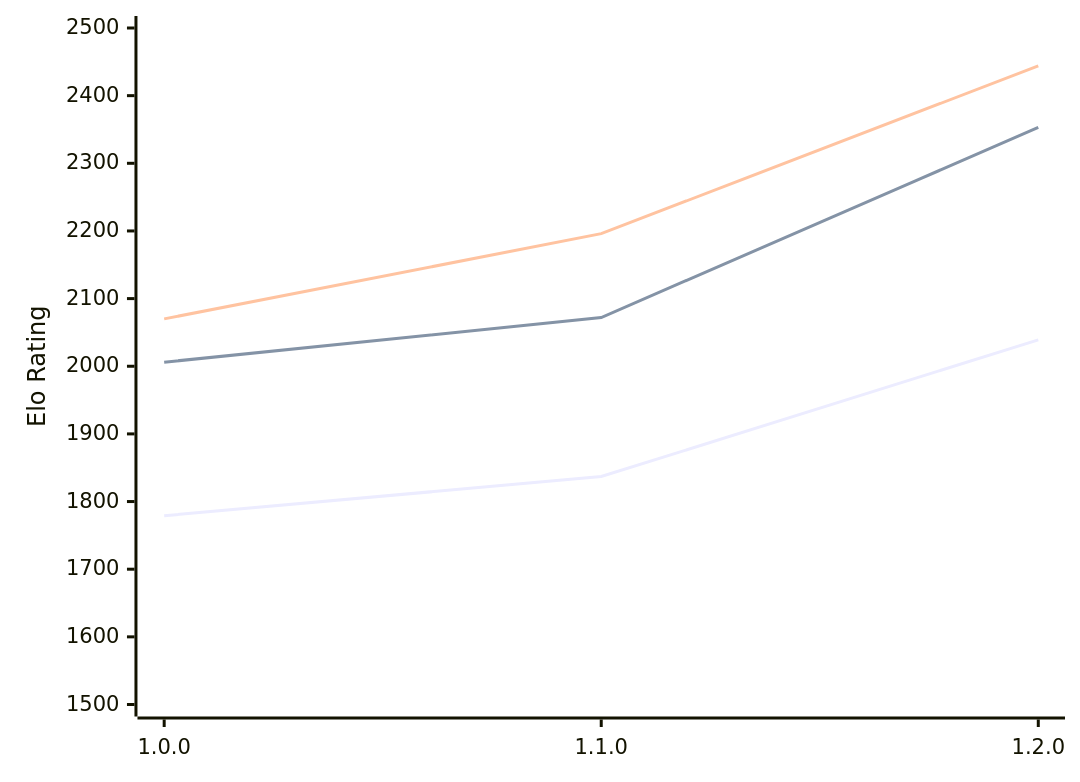
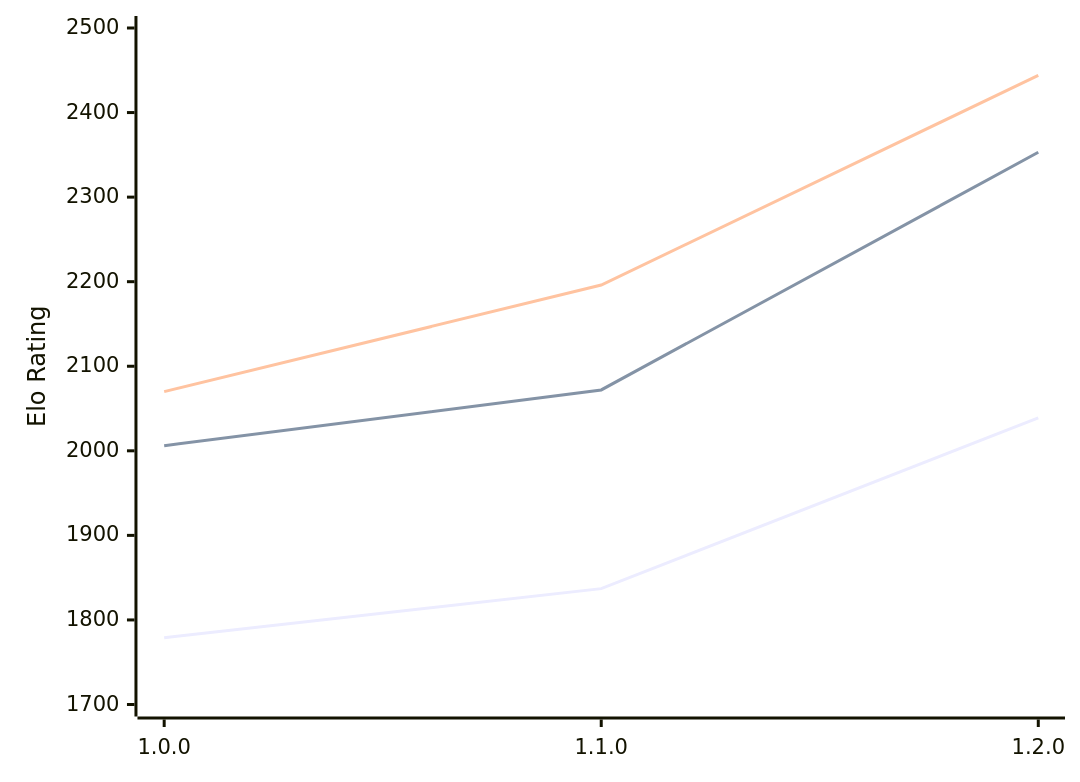
The diagram in engines/Anodos.md (computer-chess-index/cci), drawn with Mermaid before and after one commit. The commit also changed other lines of this file, not shown here.

Commit message:
Update CCI Ratings (ELO VLTC) - 2026-02-10

````diff
--- a/engines/Anodos.md
+++ b/engines/Anodos.md
@@ -41,9 +41,9 @@
 ```mermaid
 %%{init: {"theme":"base","themeVariables":{"seriesColors:['#a3a3a3','#222221','#faa371']}}}%%
 xychart-beta
   x-axis ["1.0.0", "1.1.0", "1.2.0"]
-  y-axis "Elo Rating" 1500 --> 2500
+  y-axis "Elo Rating" 1700 --> 2500
   line "STC (8.0+0.08s)" [1779, 1837, 2039]
   line "LTC (60.0+0.60s)" [2006, 2072, 2353]
   line "VLTC (2m24s+1.12s)" [2070, 2196, 2444]
 ```
````
